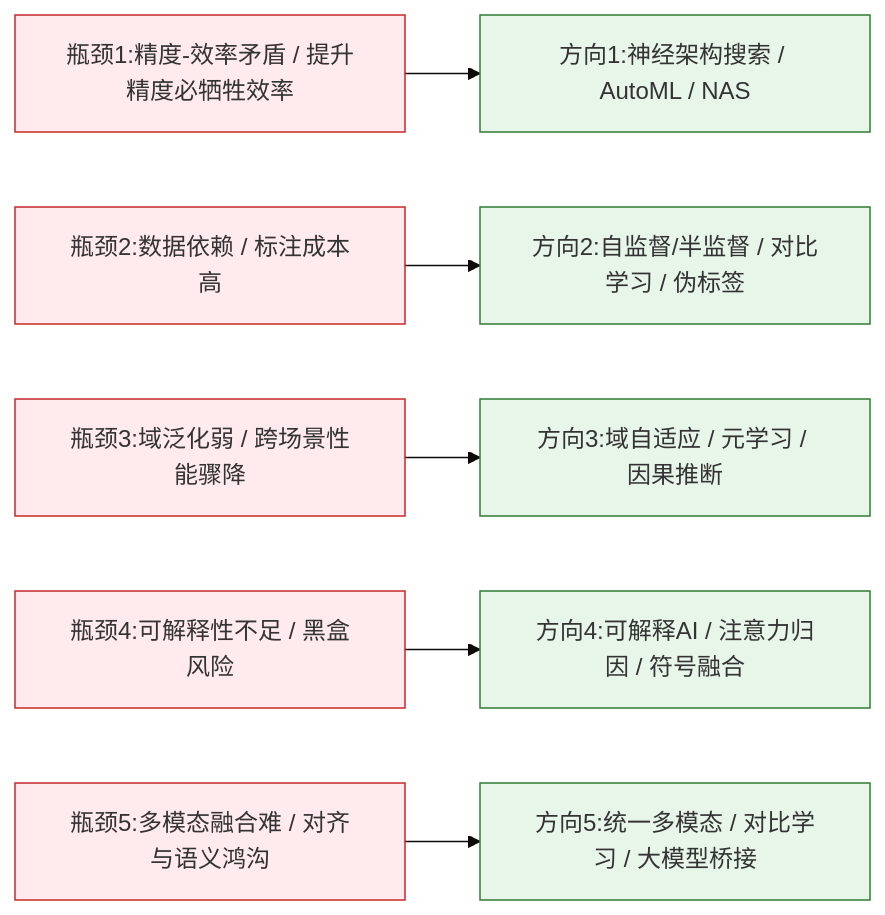
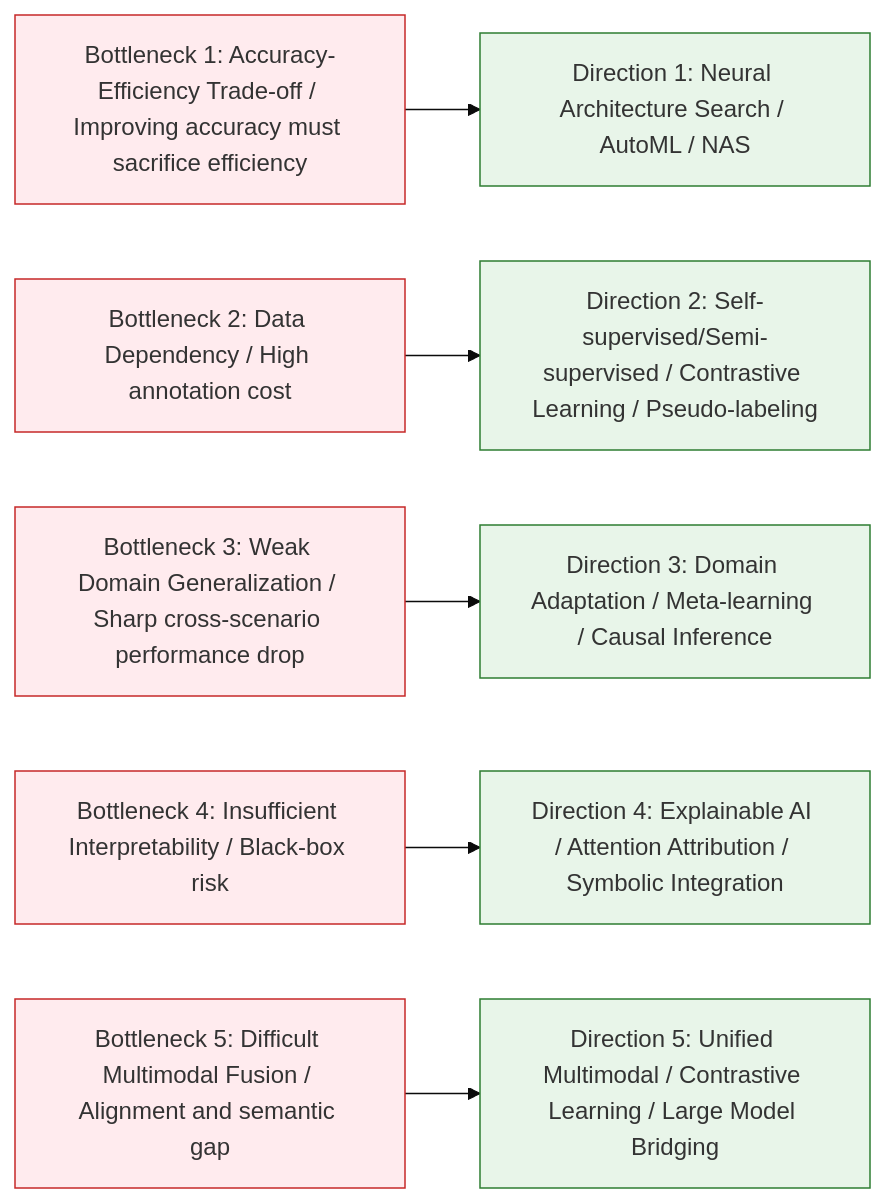
The tenth of 11 diagrams in templates/【模板】论文研究报告.md (Kirky-X/cangjie), drawn with Mermaid (base theme) before and after one commit. The commit also changed other lines of this file and 12 other files, not shown here.

````diff
--- a/templates/【模板】论文研究报告.md
+++ b/templates/【模板】论文研究报告.md
@@ -543,19 +543,19 @@
 ```mermaid
 graph LR
-    B1[瓶颈1:精度-效率矛盾 / 提升精度必牺牲效率] --> D1[方向1:神经架构搜索 / AutoML / NAS]
-    B2[瓶颈2:数据依赖 / 标注成本高] --> D2[方向2:自监督/半监督 / 对比学习 / 伪标签]
-    B3[瓶颈3:域泛化弱 / 跨场景性能骤降] --> D3[方向3:域自适应 / 元学习 / 因果推断]
-    B4[瓶颈4:可解释性不足 / 黑盒风险] --> D4[方向4:可解释AI / 注意力归因 / 符号融合]
-    B5[瓶颈5:多模态融合难 / 对齐与语义鸿沟] --> D5[方向5:统一多模态 / 对比学习 / 大模型桥接]
+    B1[Bottleneck 1: Accuracy-Efficiency Trade-off / Improving accuracy must sacrifice efficiency] --> D1[Direction 1: Neural Architecture Search / AutoML / NAS]
+    B2[Bottleneck 2: Data Dependency / High annotation cost] --> D2[Direction 2: Self-supervised/Semi-supervised / Contrastive Learning / Pseudo-labeling]
+    B3[Bottleneck 3: Weak Domain Generalization / Sharp cross-scenario performance drop] --> D3[Direction 3: Domain Adaptation / Meta-learning / Causal Inference]
+    B4[Bottleneck 4: Insufficient Interpretability / Black-box risk] --> D4[Direction 4: Explainable AI / Attention Attribution / Symbolic Integration]
+    B5[Bottleneck 5: Difficult Multimodal Fusion / Alignment and semantic gap] --> D5[Direction 5: Unified Multimodal / Contrastive Learning / Large Model Bridging]
 
     style B1 fill:#ffebee,stroke:#c62828
     style B2 fill:#ffebee,stroke:#c62828
     style B3 fill:#ffebee,stroke:#c62828
     style B4 fill:#ffebee,stroke:#c62828
     style B5 fill:#ffebee,stroke:#c62828
     style D1 fill:#e8f5e9,stroke:#2e7d32
     style D2 fill:#e8f5e9,stroke:#2e7d32
     style D3 fill:#e8f5e9,stroke:#2e7d32
     style D4 fill:#e8f5e9,stroke:#2e7d32
     style D5 fill:#e8f5e9,stroke:#2e7d32
 ```
````
